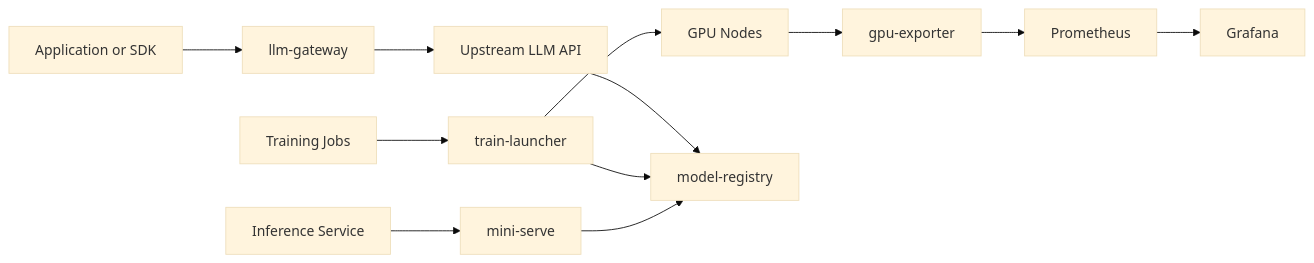
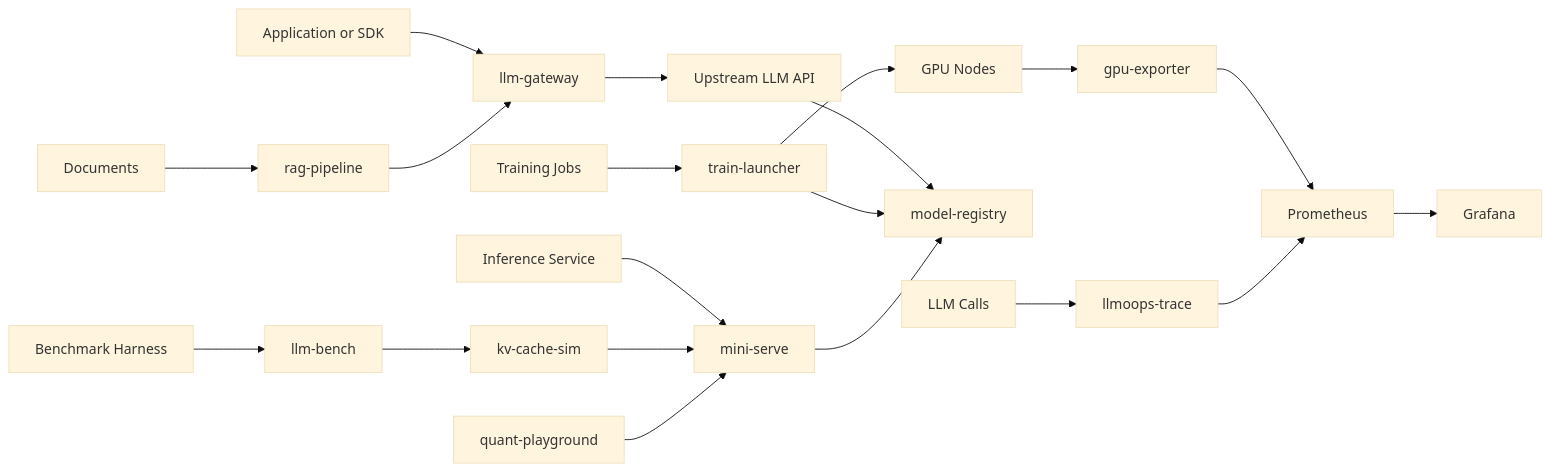
The diagram in README.md (theraihanrakibb/ai-infra-portfolio), drawn with Mermaid (base theme) before and after one commit. The commit also changed other lines of this file, not shown here.

First line of the commit message:
Expand portfolio to 10 projects: add kv-cache-sim, llm-bench, quant-playground, llmoops-trace, rag-pipeline

````diff
--- a/README.md
+++ b/README.md
@@ -35,14 +41,22 @@
 ```mermaid
 flowchart LR
     Dev[Application or SDK] --> GW[llm-gateway]
     GW --> Models[Upstream LLM API]
     Train[Training Jobs] --> TL[train-launcher]
     TL --> Nodes[GPU Nodes]
     Nodes --> EX[gpu-exporter]
     EX --> Prom[Prometheus]
     Prom --> Graf[Grafana]
     Models --> MR[model-registry]
     TL --> MR
     Serve[Inference Service] --> MS[mini-serve]
     MS --> MR
+    Bench[Benchmark Harness] --> LB[llm-bench]
+    LB --> KVS[kv-cache-sim]
+    KVS --> MS
+    QP[quant-playground] --> MS
+    Trace[LLM Calls] --> OT[llmoops-trace]
+    OT --> Prom
+    RAG[Documents] --> RP[rag-pipeline]
+    RP --> GW
 ```
````
